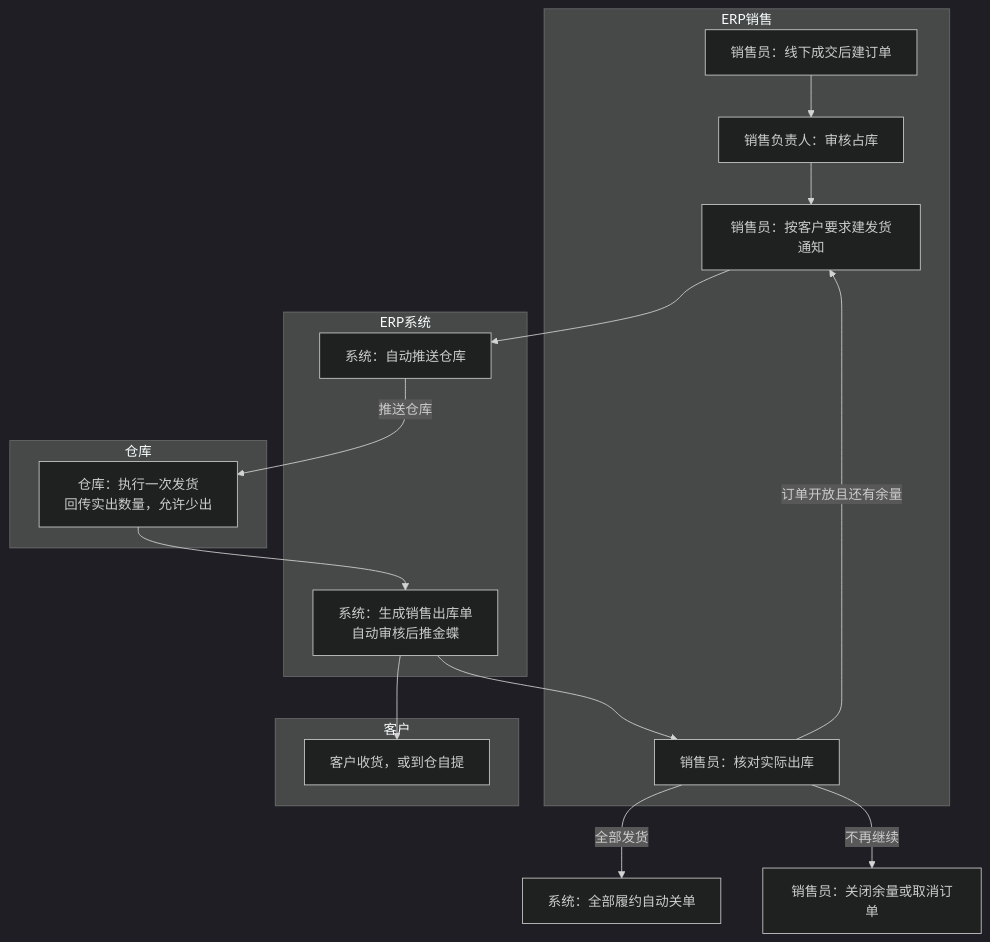
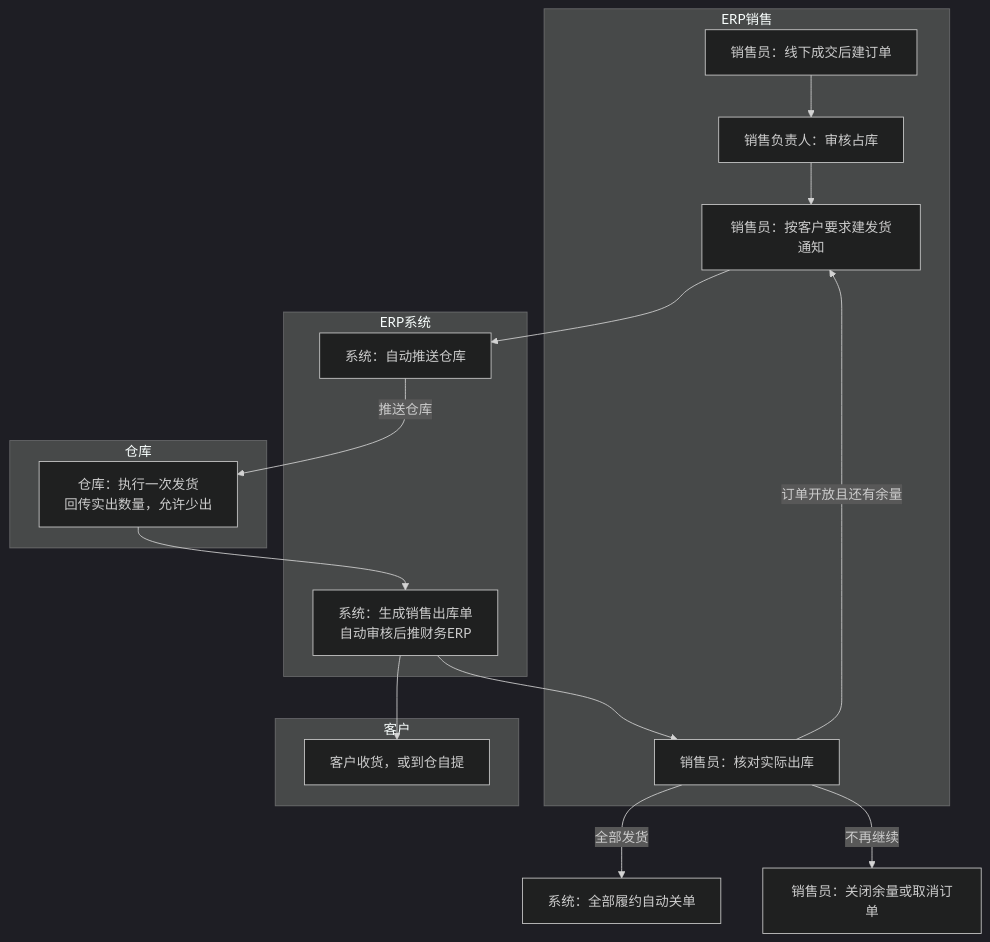
One commit to TopVitamin/QS-ERP-Project changed the third of 11 diagrams in 04-产品设计方案/20260812-ERP项目第一版框架搭建/系统架构和流程/01-系统流程与单据交互.md. Above: the diagram before and after it, drawn with Mermaid (dark theme). The commit also changed other lines of this file and 354 other files, not shown here.

````diff
--- a/04-产品设计方案/20260812-ERP项目第一版框架搭建/系统架构和流程/01-系统流程与单据交互.md
+++ b/04-产品设计方案/20260812-ERP项目第一版框架搭建/系统架构和流程/01-系统流程与单据交互.md
@@ -102,26 +102,26 @@
 ```mermaid
 flowchart TB
     subgraph ERP销售
         S1[销售员：线下成交后建订单] --> S2[销售负责人：审核占库]
         S2 --> S3[销售员：按客户要求建发货通知]
         S6[销售员：核对实际出库]
     end
     subgraph ERP系统
         T1[系统：自动推送仓库]
-        T2[系统：生成销售出库单<br/>自动审核后推金蝶]
+        T2[系统：生成销售出库单<br/>自动审核后推财务ERP]
     end
     subgraph 仓库
         W1[仓库：执行一次发货<br/>回传实出数量，允许少出]
     end
     subgraph 客户
         C1[客户收货，或到仓自提]
     end
     S3 --> T1
     T1 -->|推送仓库| W1
     W1 --> T2
     T2 --> S6
     T2 --> C1
     S6 -->|订单开放且还有余量| S3
     S6 -->|全部发货| S8[系统：全部履约自动关单]
     S6 -->|不再继续| S7[销售员：关闭余量或取消订单]
 ```
````
